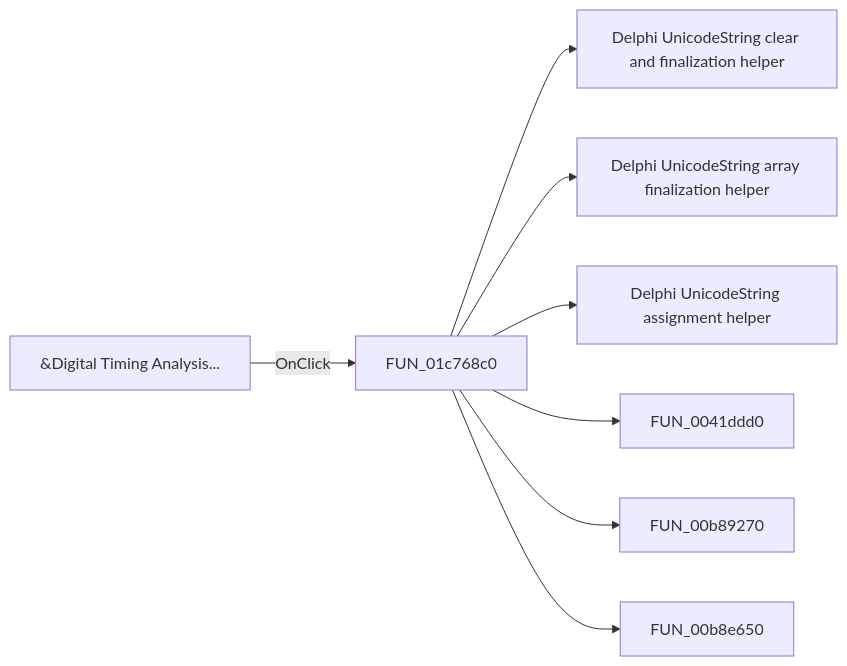
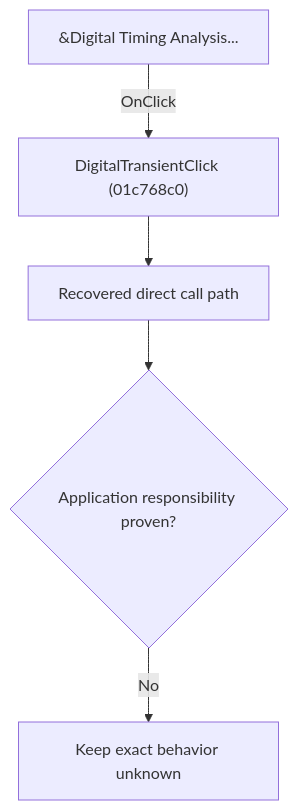
The diagram in docs/ui-controls/schematiceditor/digitaltransient-a4171fa580.md (MovGP0/TIARA), drawn with Mermaid before and after one commit. The commit also changed other lines of this file and 1062 other files, not shown here.

````diff
--- a/docs/ui-controls/schematiceditor/digitaltransient-a4171fa580.md
+++ b/docs/ui-controls/schematiceditor/digitaltransient-a4171fa580.md
@@ -27,10 +27,7 @@
 ```mermaid
-flowchart LR
-    control["&Digital Timing Analysis..."] -->|OnClick| handler["FUN_01c768c0"]
-    handler --> call1["Delphi UnicodeString clear and finalization helper"]
-    handler --> call2["Delphi UnicodeString array finalization helper"]
-    handler --> call3["Delphi UnicodeString assignment helper"]
-    handler --> call4["FUN_0041ddd0"]
-    handler --> call5["FUN_00b89270"]
-    handler --> call6["FUN_00b8e650"]
+flowchart TD
+    control["&Digital Timing Analysis..."] -->|"OnClick"| handler["DigitalTransientClick (01c768c0)"]
+    handler --> recovered["Recovered direct call path"]
+    recovered --> gap{"Application responsibility proven?"}
+    gap -->|"No"| blocked["Keep exact behavior unknown"]
 ```
````
